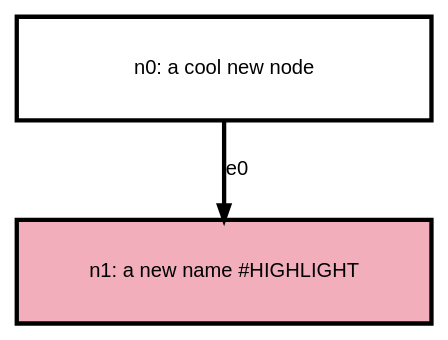
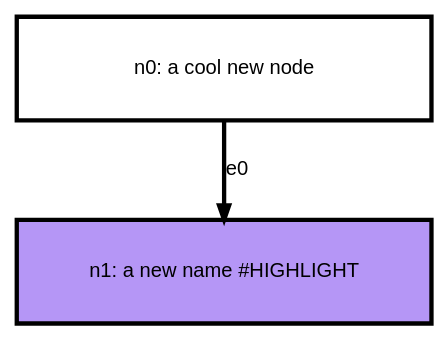
Before and after one commit to stevecooperorg/microdot: the diagram in examples/readme_example_1.dot, drawn with Graphviz. The commit also changed 8 other files, not shown here.

```diff
--- a/examples/readme_example_1.dot
+++ b/examples/readme_example_1.dot
@@ -1,12 +1,12 @@
 digraph {
 
     graph [fontname = "helvetica" rankdir=TB ranksep=0.75 nodesep=0.5];
     node [fontname = "helvetica" style="filled" shape=box height=1 width=4.0 penwidth=3];
-    edge [fontname = "helvetica" penwidth=3 color="#000"];
+    edge [fontname = "helvetica" penwidth=3 color="#000000"];
 
-    "n0" [label="n0: a cool new node" fillcolor="#FFFFFF" color="#000" fontcolor="#000"];
-    "n1" [label="n1: a new name #HIGHLIGHT" fillcolor="#F2AEBB" color="#000" fontcolor="#000"];
+    "n0" [label="n0: a cool new node" fillcolor="#FFFFFF" color="#000000" fontcolor="#000000"];
+    "n1" [label="n1: a new name #HIGHLIGHT" fillcolor="#B596F6" color="#000000" fontcolor="#000000"];
 
     "n0" -> "n1" [label="e0"];
 
 }
```
